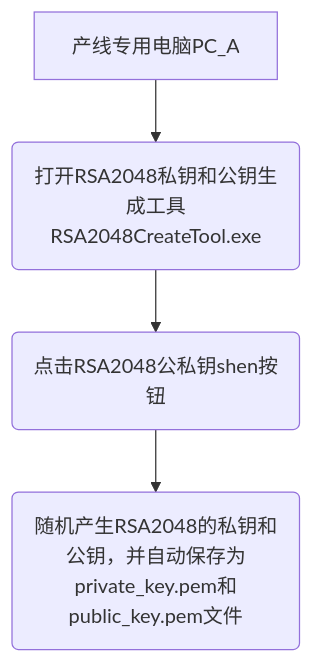
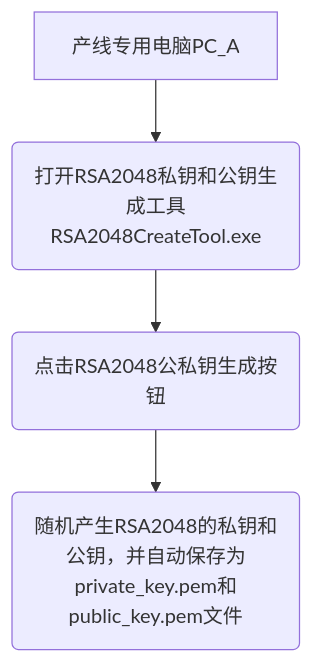
One commit to facebook-cloud/iodraw-files changed the diagram in all/未命名-10.md. Above: the diagram before and after it, drawn with Mermaid.

Commit message:
2026-01-06 20:29:34 update

````diff
--- a/all/未命名-10.md
+++ b/all/未命名-10.md
@@ -1,6 +1,6 @@
 ```mermaid
 graph TD
     A[产线专用电脑PC_A] --> B(打开RSA2048私钥和公钥生成工具RSA2048CreateTool.exe)
-    B --> C(点击RSA2048公私钥shen按钮)
+    B --> C( 点击RSA2048公私钥生成按钮)
     C --> F(随机产生RSA2048的私钥和公钥，并自动保存为private_key.pem和public_key.pem文件)
 ```
````
